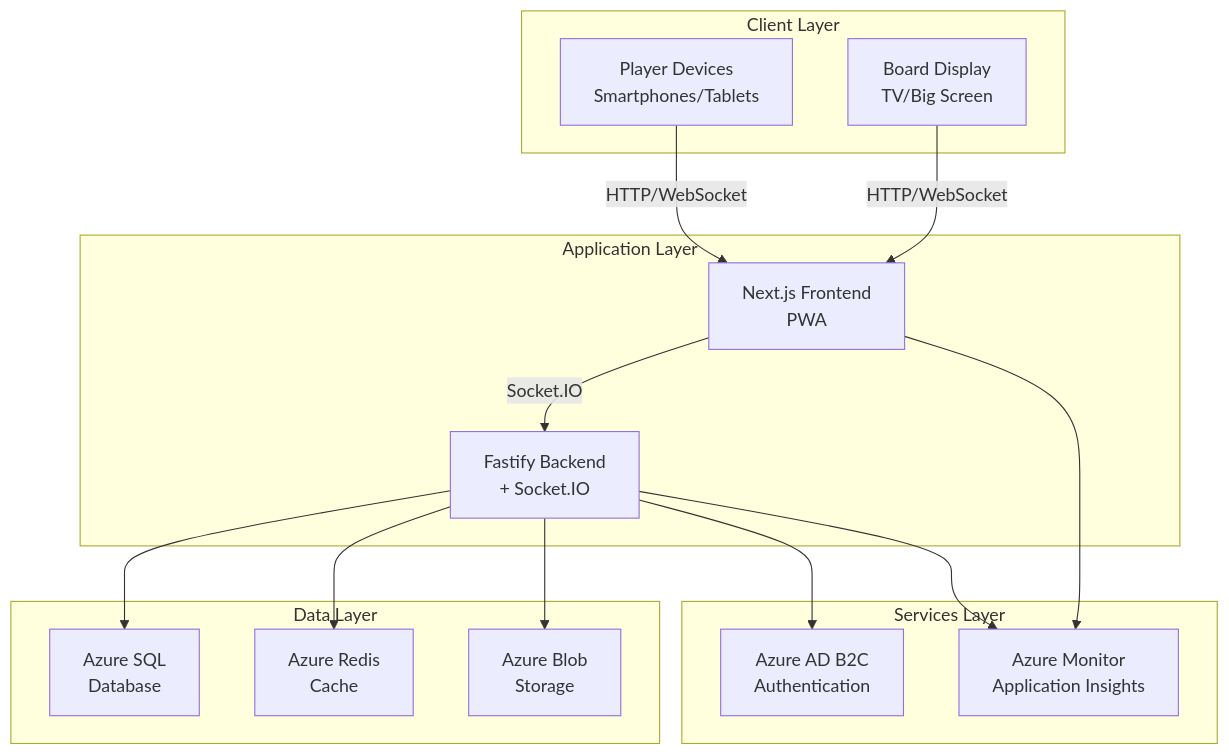
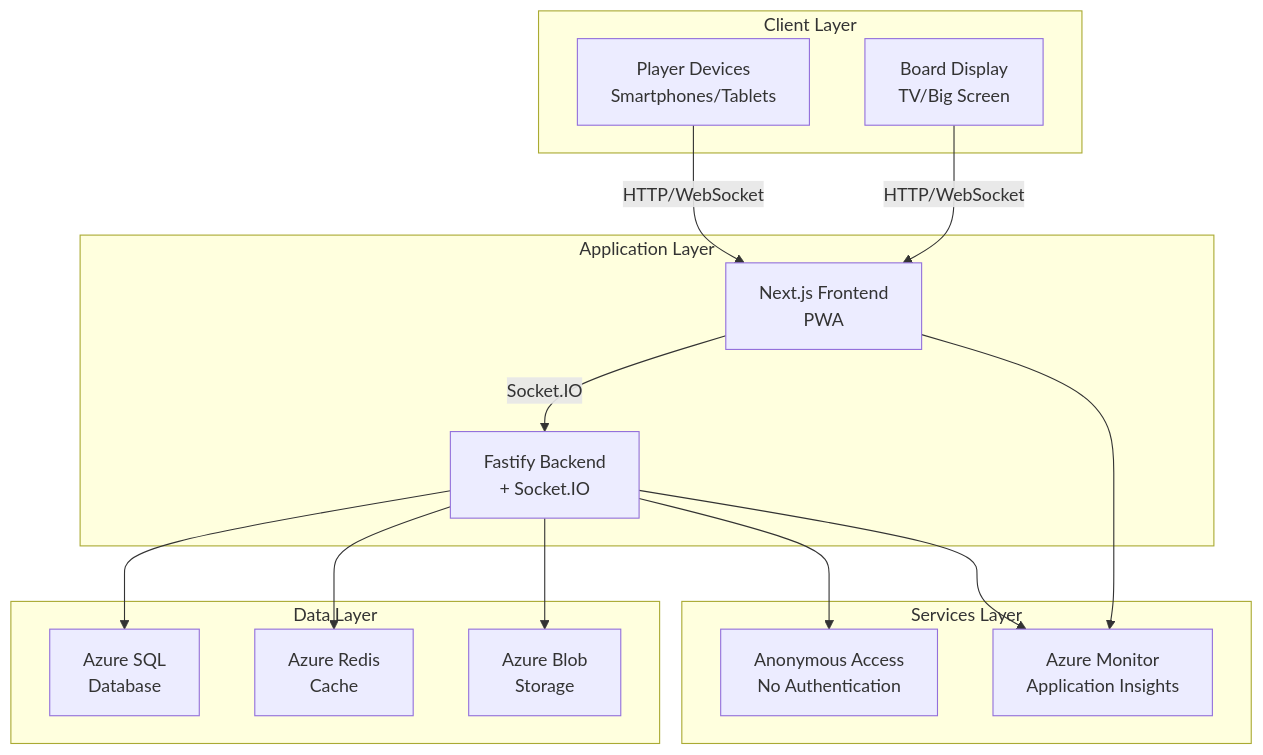
The first of 4 diagrams in docs/wiki/Architecture.md (balburg/AlexDrikkelek), drawn with Mermaid before and after one commit. The commit also changed other lines of this file and 11 other files, not shown here.

Commit message:
Remove Azure AD B2C references and document anonymous access

````diff
--- a/docs/wiki/Architecture.md
+++ b/docs/wiki/Architecture.md
@@ -9,33 +9,33 @@
 ```mermaid
 graph TB
     subgraph "Client Layer"
         A[Player Devices<br/>Smartphones/Tablets]
         B[Board Display<br/>TV/Big Screen]
     end
     
     subgraph "Application Layer"
         C[Next.js Frontend<br/>PWA]
         D[Fastify Backend<br/>+ Socket.IO]
     end
     
     subgraph "Data Layer"
         E[Azure SQL<br/>Database]
         F[Azure Redis<br/>Cache]
         G[Azure Blob<br/>Storage]
     end
     
     subgraph "Services Layer"
-        H[Azure AD B2C<br/>Authentication]
+        H[Anonymous Access<br/>No Authentication]
         I[Azure Monitor<br/>Application Insights]
     end
     
     A -->|HTTP/WebSocket| C
     B -->|HTTP/WebSocket| C
     C -->|Socket.IO| D
     D --> E
     D --> F
     D --> G
     D --> H
     D --> I
     C --> I
 ```
````
